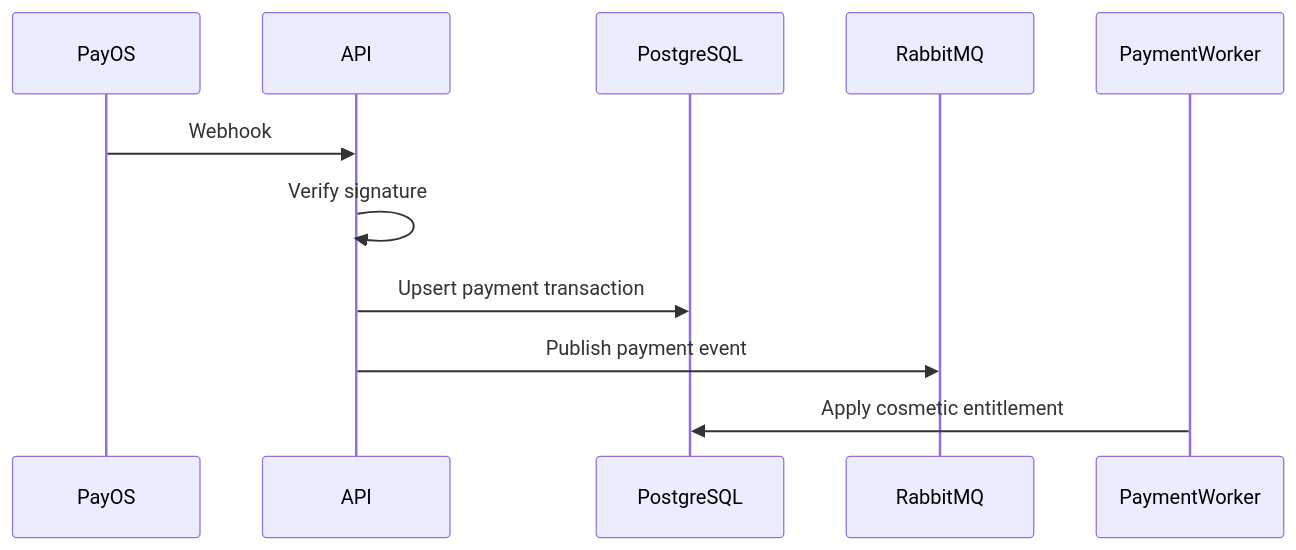
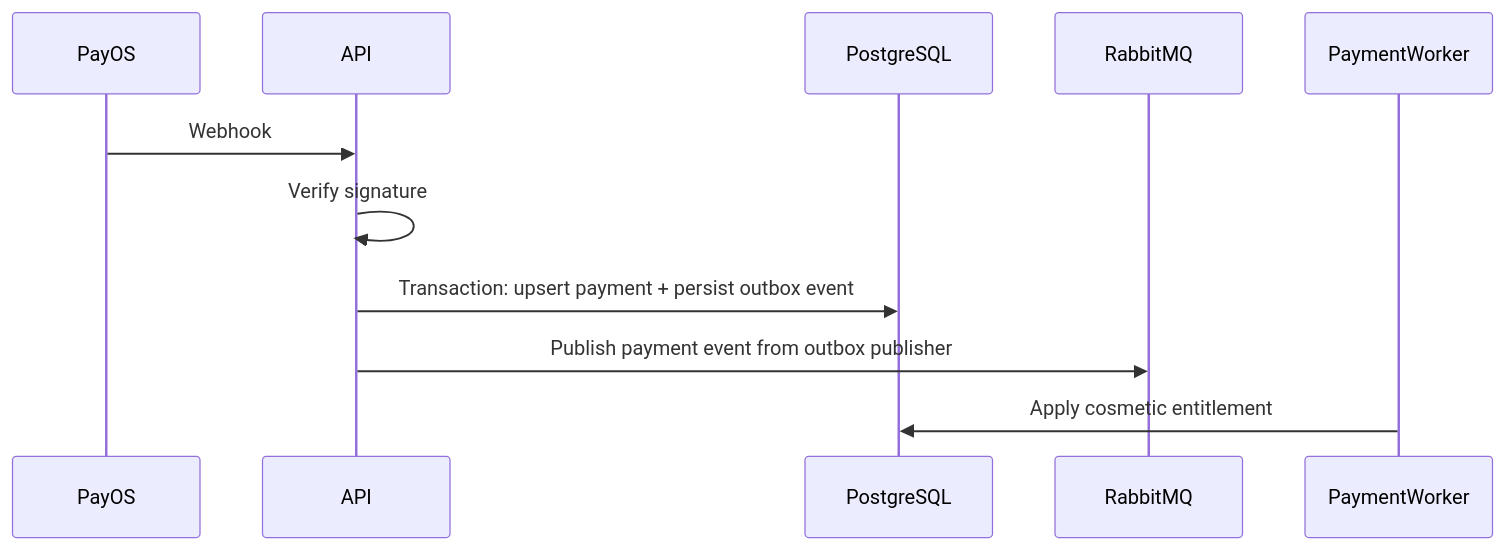
Before and after one commit to HuynhLoc2004/TitanCore: the fifth of 6 diagrams in docs/DATA_FLOW.md, drawn with Mermaid. The commit also changed other lines of this file and 5 other files, not shown here.

Commit message:
docs(database): address phase 2 architecture review

````diff
--- a/docs/DATA_FLOW.md
+++ b/docs/DATA_FLOW.md
@@ -92,14 +91,14 @@
 ```mermaid
 sequenceDiagram
     participant PayOS
     participant API
     participant PostgreSQL
     participant RabbitMQ
     participant PaymentWorker
 
     PayOS->>API: Webhook
     API->>API: Verify signature
-    API->>PostgreSQL: Upsert payment transaction
-    API->>RabbitMQ: Publish payment event
+    API->>PostgreSQL: Transaction: upsert payment + persist outbox event
+    API->>RabbitMQ: Publish payment event from outbox publisher
     PaymentWorker->>PostgreSQL: Apply cosmetic entitlement
 ```
````
